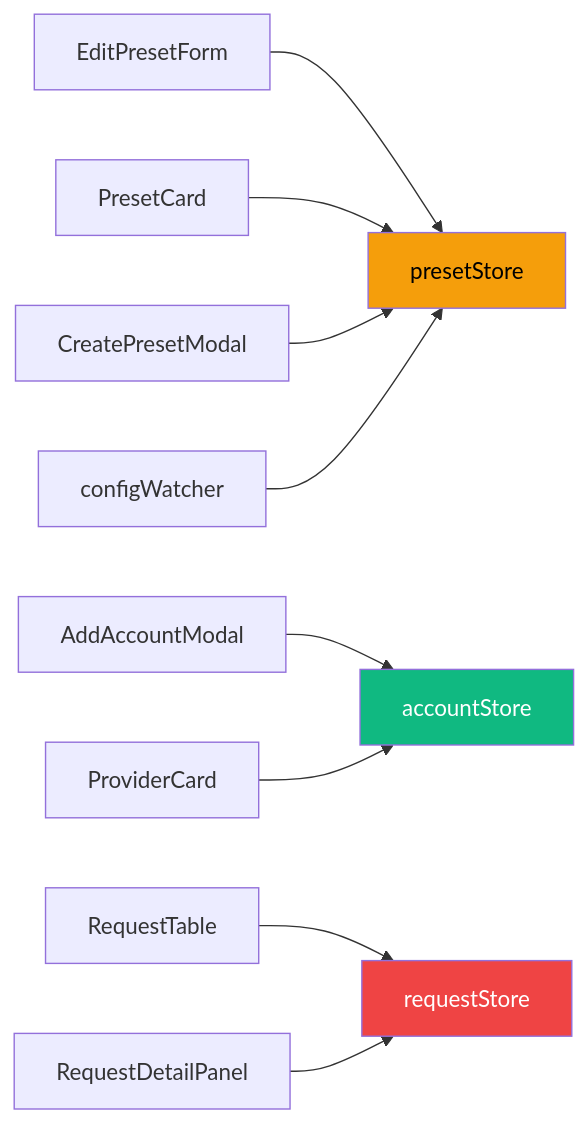
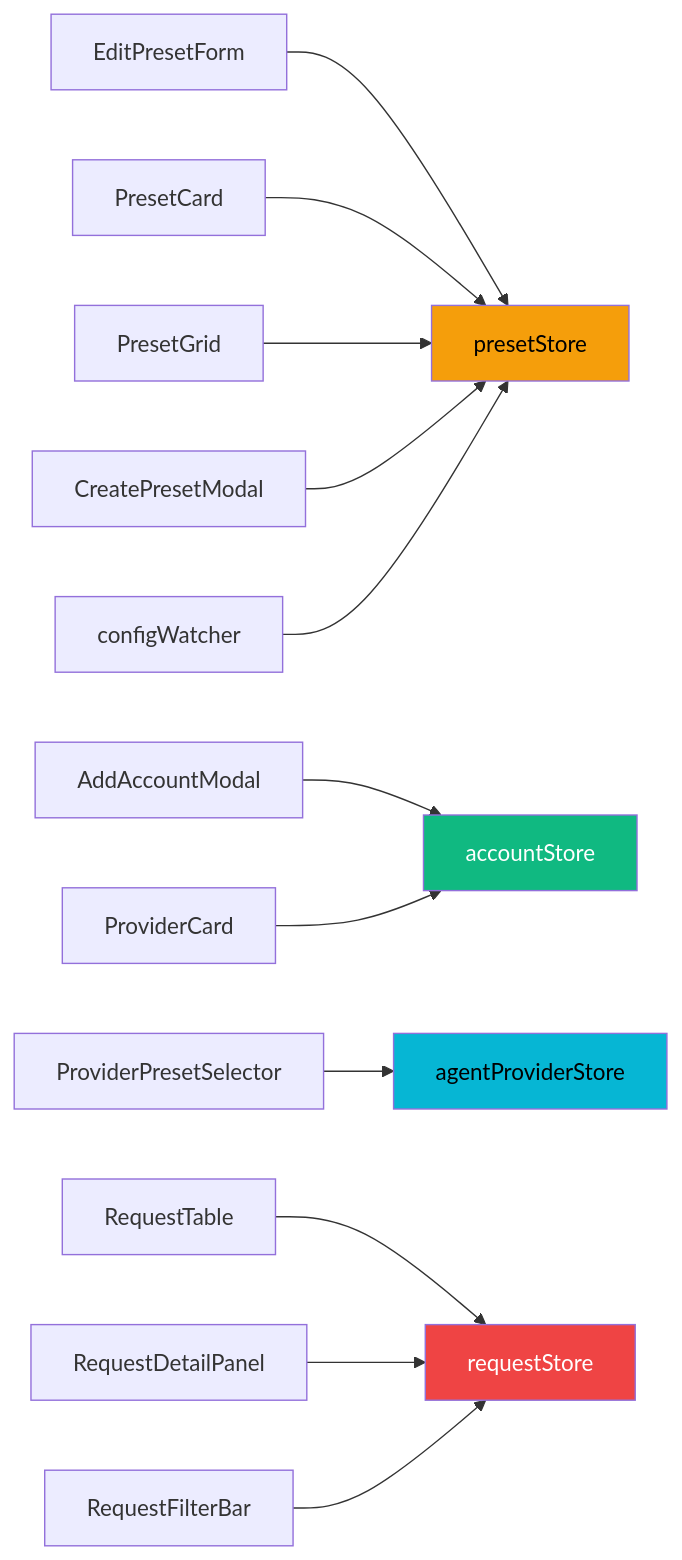
The third of 4 diagrams in ARCHITECTURE.md (HieuAnh87/aether), drawn with Mermaid before and after one commit. The commit also changed other lines of this file, not shown here.

First line of the commit message:
docs: update ARCHITECTURE.md to reflect recent codebase changes

````diff
--- a/ARCHITECTURE.md
+++ b/ARCHITECTURE.md
@@ -478,15 +665,19 @@
 ```mermaid
 graph LR
     EditPresetForm --> presetStore
     PresetCard --> presetStore
+    PresetGrid --> presetStore
     CreatePresetModal --> presetStore
     AddAccountModal --> accountStore
     ProviderCard --> accountStore
+    ProviderPresetSelector --> agentProviderStore
     RequestTable --> requestStore
     RequestDetailPanel --> requestStore
+    RequestFilterBar --> requestStore
     configWatcher --> presetStore
 
     style presetStore fill:#f59e0b,color:#000
     style accountStore fill:#10b981,color:#fff
     style requestStore fill:#ef4444,color:#fff
+    style agentProviderStore fill:#06b6d4,color:#000
 ```
````
